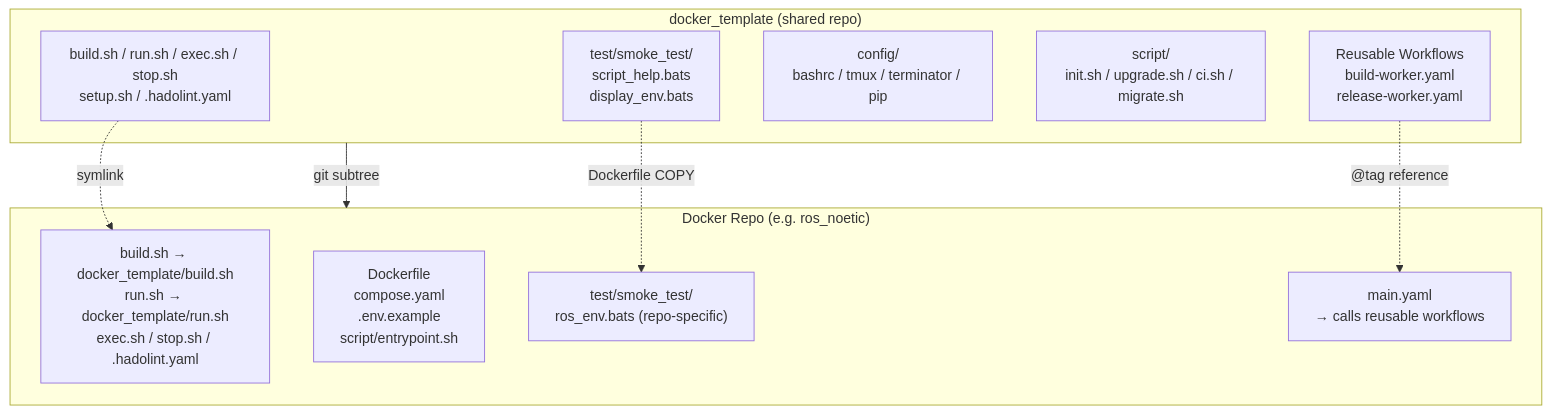
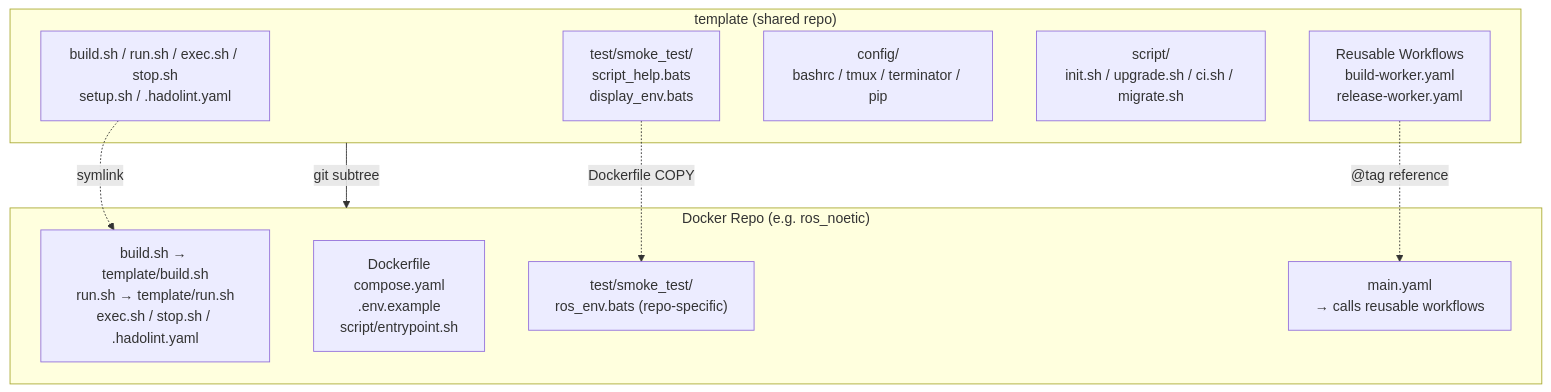
The first of 2 diagrams in README.md (ycpss91255-docker/base), drawn with Mermaid before and after one commit. The commit also changed other lines of this file and 24 other files, not shown here.

First line of the commit message:
feat!: rename docker_template → template

````diff
--- a/README.md
+++ b/README.md
@@ -53,22 +53,22 @@
 ```mermaid
 graph TB
-    subgraph docker_template["docker_template (shared repo)"]
+    subgraph template["template (shared repo)"]
         scripts["build.sh / run.sh / exec.sh / stop.sh<br/>setup.sh / .hadolint.yaml"]
         smoke["test/smoke_test/<br/>script_help.bats<br/>display_env.bats"]
         config["config/<br/>bashrc / tmux / terminator / pip"]
         mgmt["script/<br/>init.sh / upgrade.sh / ci.sh / migrate.sh"]
         workflows["Reusable Workflows<br/>build-worker.yaml<br/>release-worker.yaml"]
     end
 
     subgraph consumer["Docker Repo (e.g. ros_noetic)"]
-        symlinks["build.sh → docker_template/build.sh<br/>run.sh → docker_template/run.sh<br/>exec.sh / stop.sh / .hadolint.yaml"]
+        symlinks["build.sh → template/build.sh<br/>run.sh → template/run.sh<br/>exec.sh / stop.sh / .hadolint.yaml"]
         dockerfile["Dockerfile<br/>compose.yaml<br/>.env.example<br/>script/entrypoint.sh"]
         repo_test["test/smoke_test/<br/>ros_env.bats (repo-specific)"]
         main_yaml["main.yaml<br/>→ calls reusable workflows"]
     end
 
-    docker_template -- "git subtree" --> consumer
+    template -- "git subtree" --> consumer
     scripts -. symlink .-> symlinks
     smoke -. "Dockerfile COPY" .-> repo_test
     workflows -. "@tag reference" .-> main_yaml
 ```
````
